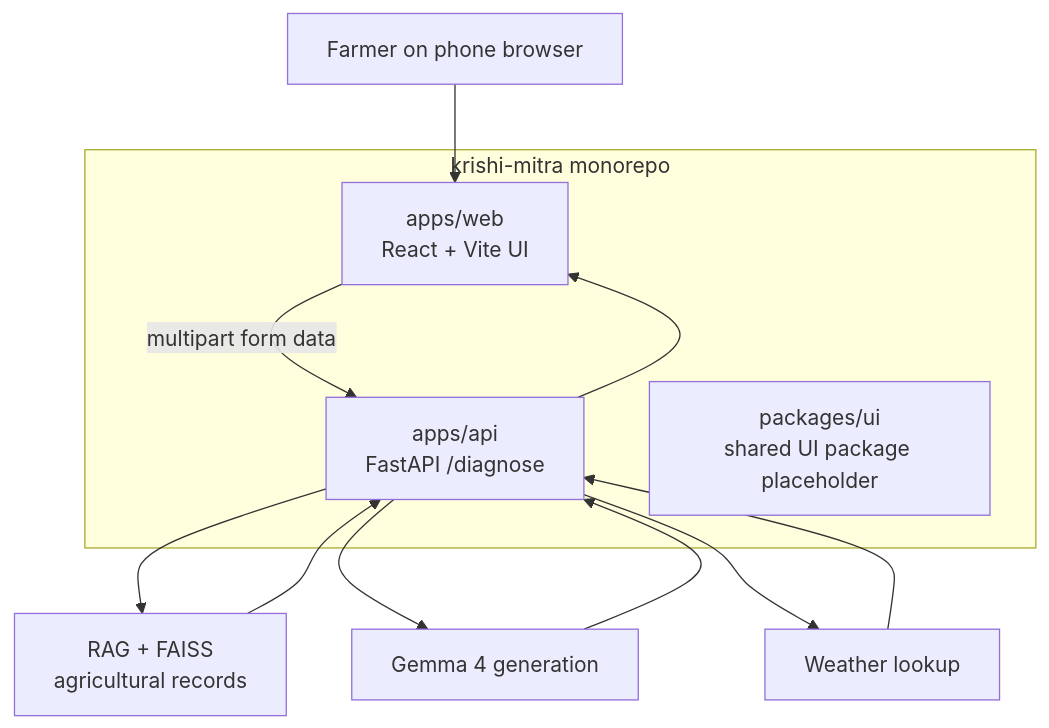
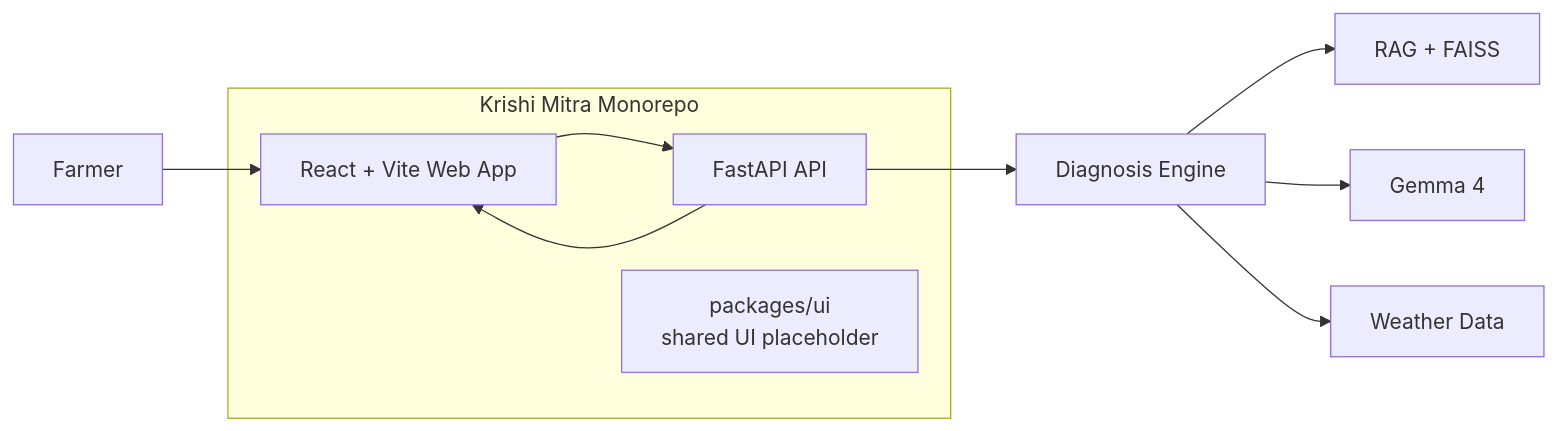
Before and after one commit to sudo-Harshk/Krishi-Mitra: the diagram in README.md, drawn with Mermaid.

Commit message:
fix mermaid script for diagram

````diff
--- a/README.md
+++ b/README.md
@@ -17,18 +17,16 @@
 ```mermaid
-flowchart TB
-  User[Farmer on phone browser] --> Web[apps/web<br/>React + Vite UI]
-  Web -->|multipart form data| API[apps/api<br/>FastAPI /diagnose]
-  API --> RAG[RAG + FAISS<br/>agricultural records]
-  API --> LLM[Gemma 4 generation]
-  API --> Weather[Weather lookup]
-  RAG --> API
-  LLM --> API
-  Weather --> API
+flowchart LR
+  User[Farmer] --> Web[React + Vite Web App]
+  Web --> API[FastAPI API]
+  API --> Engine[Diagnosis Engine]
+  Engine --> RAG[RAG + FAISS]
+  Engine --> Gemma[Gemma 4]
+  Engine --> Weather[Weather Data]
   API --> Web
 
-  subgraph Monorepo["krishi-mitra monorepo"]
+  subgraph Repo[Krishi Mitra Monorepo]
     Web
     API
-    UI[packages/ui<br/>shared UI package placeholder]
+    Shared[packages/ui<br/>shared UI placeholder]
   end
 ```
````
